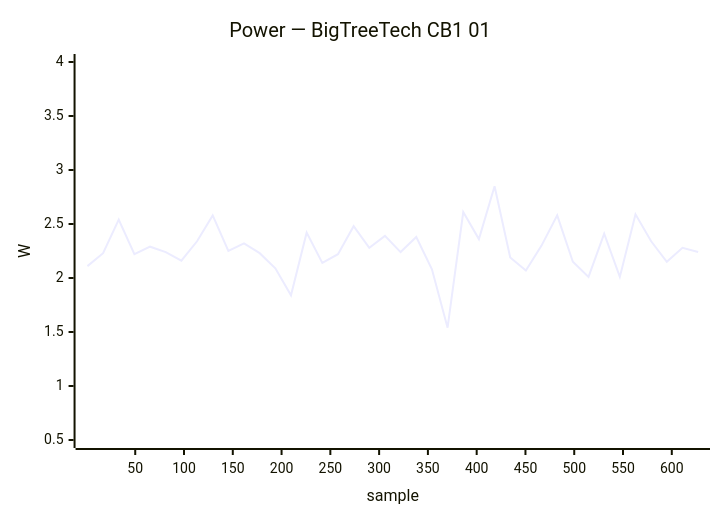
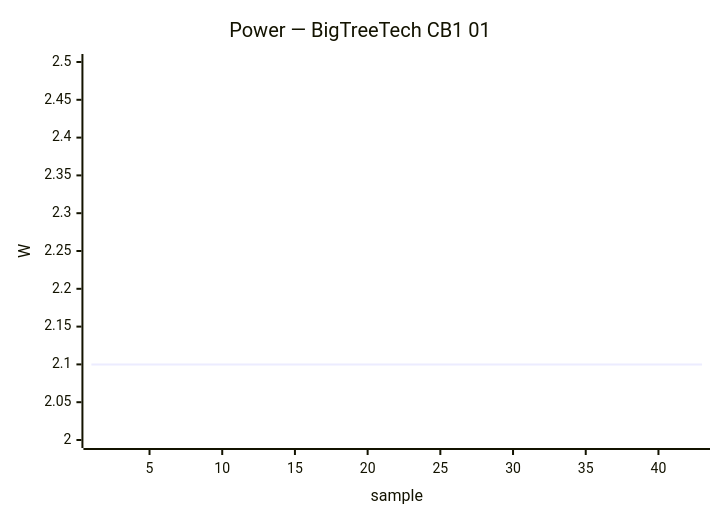
Before and after one commit to armbian/documentation: the third of 24 diagrams in docs/status/board-tests.md, drawn with Mermaid. The commit also changed other lines of this file, not shown here.

````diff
--- a/docs/status/board-tests.md
+++ b/docs/status/board-tests.md
@@ -172,7 +165,7 @@
     ```mermaid
     xychart-beta
         title "Power — BigTreeTech CB1 01"
-        x-axis "sample" 1 --> 627
-        y-axis "W" 0.5 --> 4.0
-        line [2.11, 2.23, 2.54, 2.22, 2.29, 2.24, 2.16, 2.34, 2.58, 2.25, 2.32, 2.23, 2.09, 1.84, 2.42, 2.14, 2.22, 2.48, 2.28, 2.39, 2.24, 2.38, 2.08, 1.54, 2.61, 2.36, 2.85, 2.19, 2.07, 2.30, 2.58, 2.15, 2.01, 2.41, 2.01, 2.59, 2.34, 2.15, 2.28, 2.24]
+        x-axis "sample" 1 --> 43
+        y-axis "W" 2.0 --> 2.5
+        line [2.10, 2.10, 2.10, 2.10, 2.10, 2.10, 2.10, 2.10, 2.10, 2.10, 2.10, 2.10, 2.10, 2.10, 2.10, 2.10, 2.10, 2.10, 2.10, 2.10, 2.10, 2.10, 2.10, 2.10, 2.10, 2.10, 2.10, 2.10, 2.10, 2.10, 2.10, 2.10, 2.10, 2.10, 2.10, 2.10, 2.10, 2.10, 2.10, 2.10]
     ```
````
